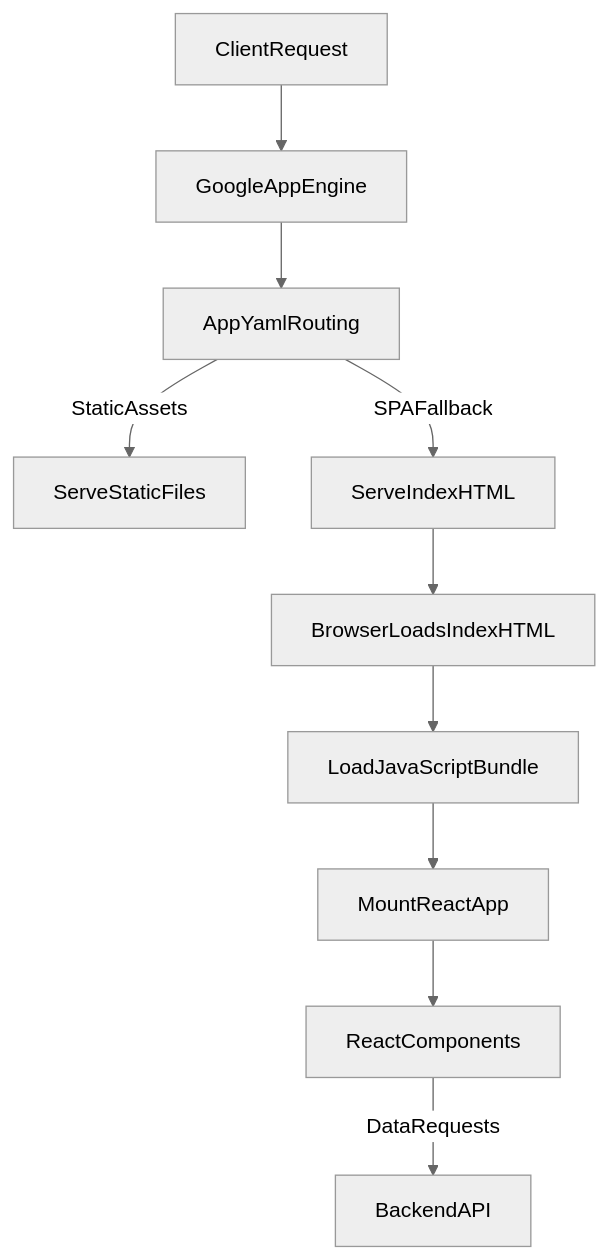
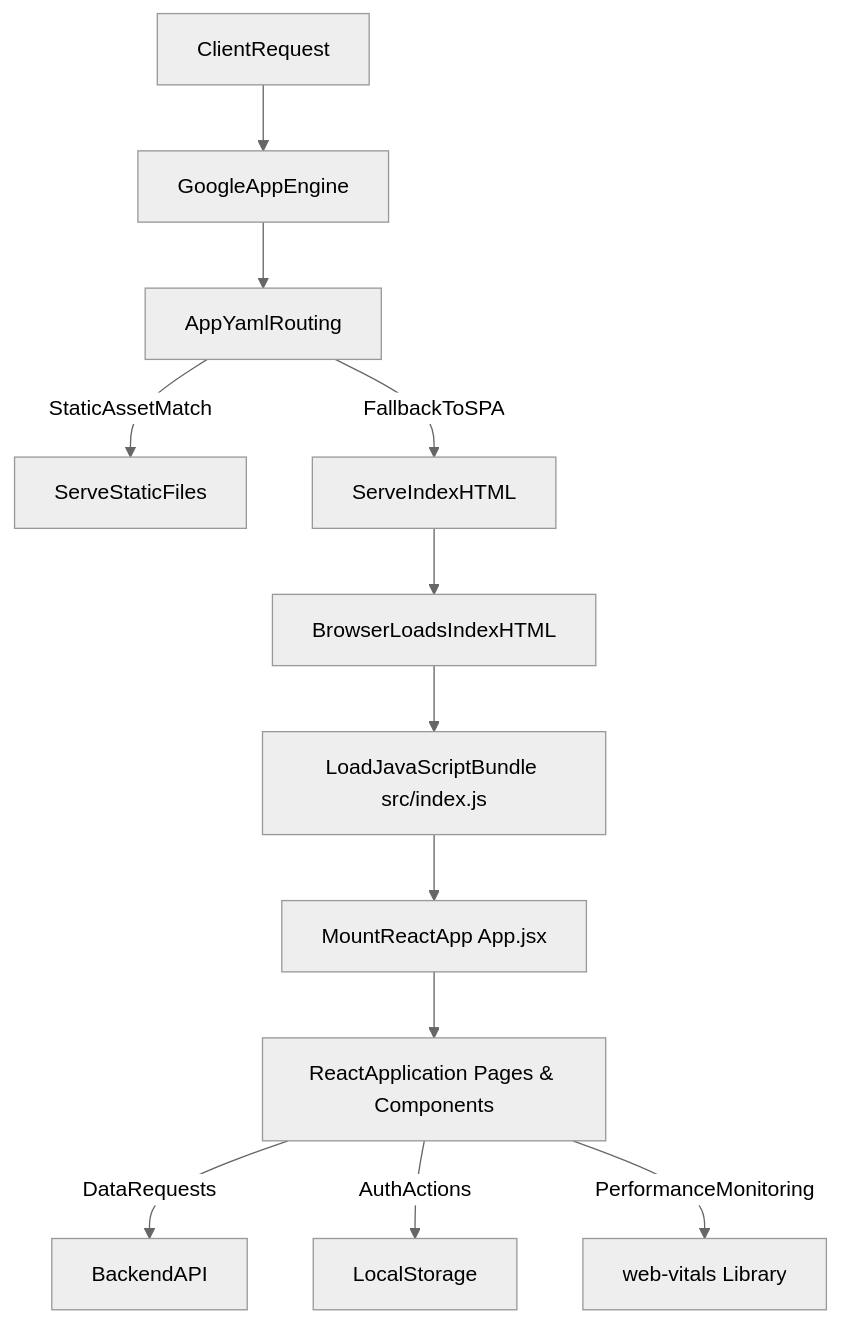
Before and after one commit to test-company-prowiz/maxify_frontend: the diagram in docs/REPOSITORY_OVERVIEW.md, drawn with Mermaid (neutral theme). The commit also changed other lines of this file, not shown here.

````diff
--- a/docs/REPOSITORY_OVERVIEW.md
+++ b/docs/REPOSITORY_OVERVIEW.md
@@ -62,12 +63,14 @@
 ```mermaid
 graph TD
 ClientRequest[ClientRequest] --> GoogleAppEngine[GoogleAppEngine]
 GoogleAppEngine --> AppYamlRouting[AppYamlRouting]
-AppYamlRouting -- StaticAssets --> ServeStaticFiles[ServeStaticFiles]
-AppYamlRouting -- SPAFallback --> ServeIndexHTML[ServeIndexHTML]
+AppYamlRouting -- StaticAssetMatch --> ServeStaticFiles[ServeStaticFiles]
+AppYamlRouting -- FallbackToSPA --> ServeIndexHTML[ServeIndexHTML]
 ServeIndexHTML --> BrowserLoadsIndexHTML[BrowserLoadsIndexHTML]
-BrowserLoadsIndexHTML --> LoadJavaScriptBundle[LoadJavaScriptBundle]
-LoadJavaScriptBundle --> MountReactApp[MountReactApp]
-MountReactApp --> ReactComponents[ReactComponents]
-ReactComponents -- DataRequests --> BackendAPI[BackendAPI]
+BrowserLoadsIndexHTML --> LoadJavaScriptBundle[LoadJavaScriptBundle src/index.js]
+LoadJavaScriptBundle --> MountReactApp[MountReactApp App.jsx]
+MountReactApp --> ReactApplication[ReactApplication Pages & Components]
+ReactApplication -- DataRequests --> BackendAPI[BackendAPI]
+ReactApplication -- AuthActions --> LocalStorage[LocalStorage]
+ReactApplication -- PerformanceMonitoring --> WebVitalsLibrary[web-vitals Library]
 ```
````
